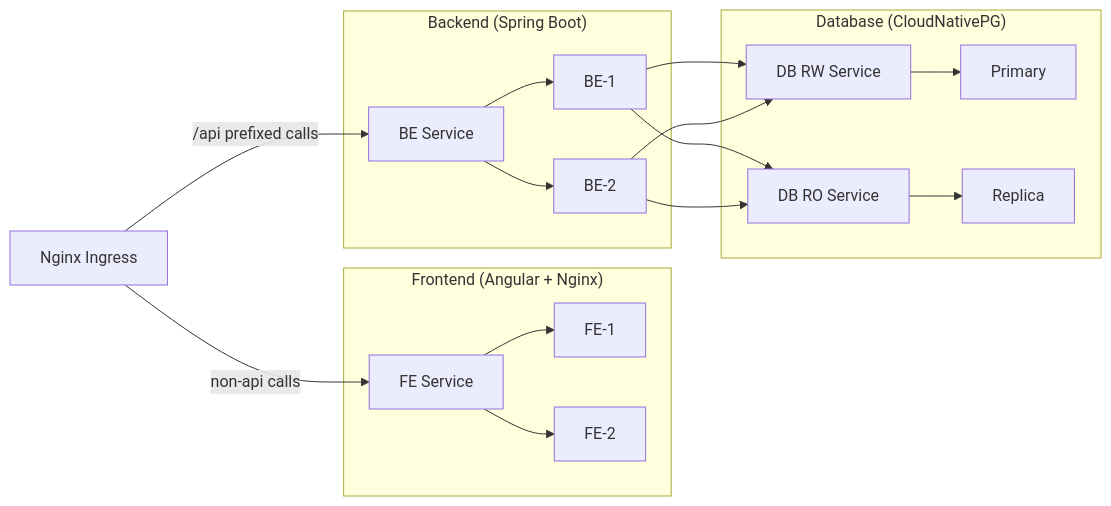
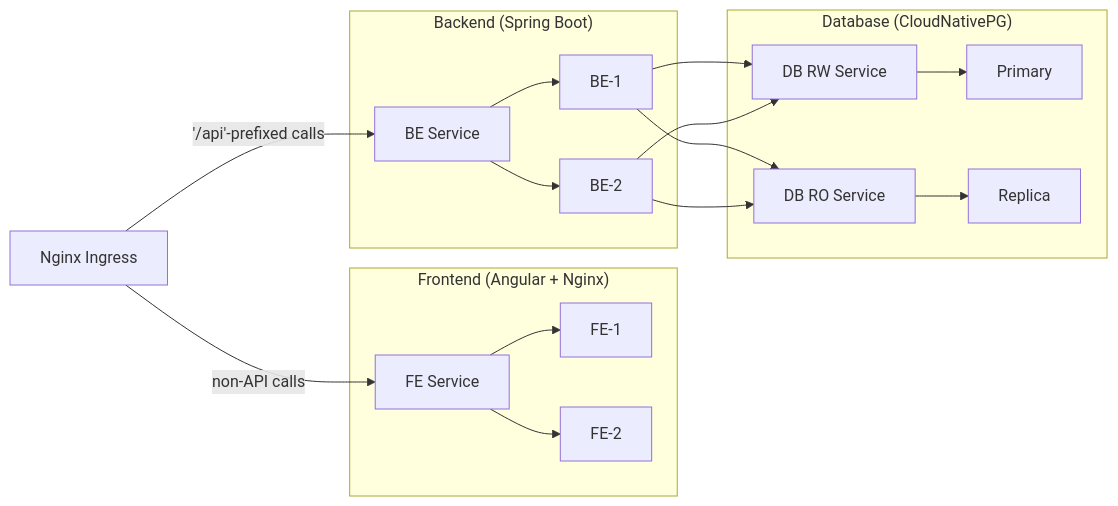
The diagram in docs/kubernetes-manifests.md (ocsi0520/wall-color), drawn with Mermaid before and after one commit. The commit also changed other lines of this file, not shown here.

````diff
--- a/docs/kubernetes-manifests.md
+++ b/docs/kubernetes-manifests.md
@@ -25,38 +28,38 @@
 ```mermaid
 flowchart LR
     ING[Nginx Ingress]
 
     subgraph FE_GROUP["Frontend (Angular + Nginx)"]
         FE_SVC[FE Service]
         FE1[FE-1]
         FE2[FE-2]
         FE_SVC --> FE1
         FE_SVC --> FE2
     end
 
     subgraph BE_GROUP["Backend (Spring Boot)"]
         BE_SVC[BE Service]
         BE1[BE-1]
         BE2[BE-2]
         BE_SVC --> BE1
         BE_SVC --> BE2
     end
 
     subgraph DB_GROUP["Database (CloudNativePG)"]
         DB_RW[DB RW Service]
         DB_RO[DB RO Service]
         DB1[Primary]
         DB2[Replica]
         DB_RW --> DB1
         DB_RO --> DB2
     end
 
-    ING -- /api prefixed calls --> BE_SVC
-    ING -- non-api calls --> FE_SVC
+    ING -- '/api'-prefixed calls --> BE_SVC
+    ING -- non-API calls --> FE_SVC
 
     BE1 --> DB_RW
     BE2 --> DB_RW
 
     BE1 --> DB_RO
     BE2 --> DB_RO
 ```
````
